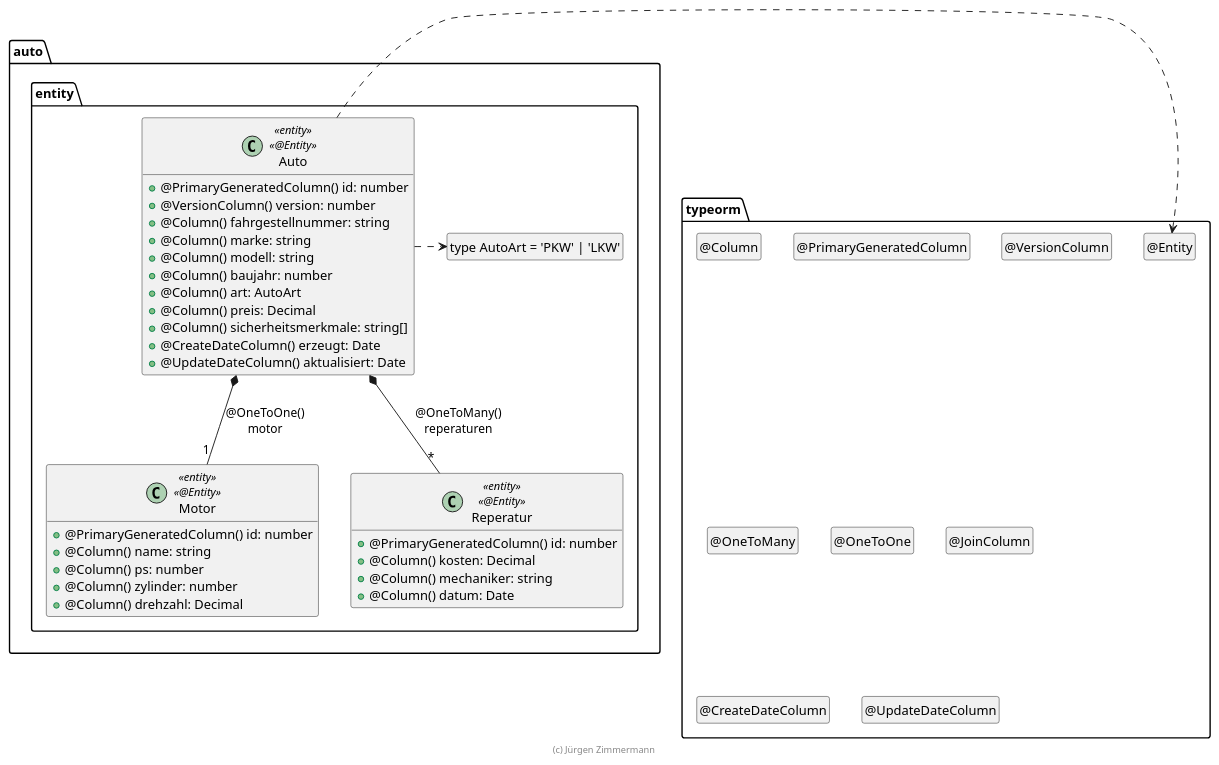
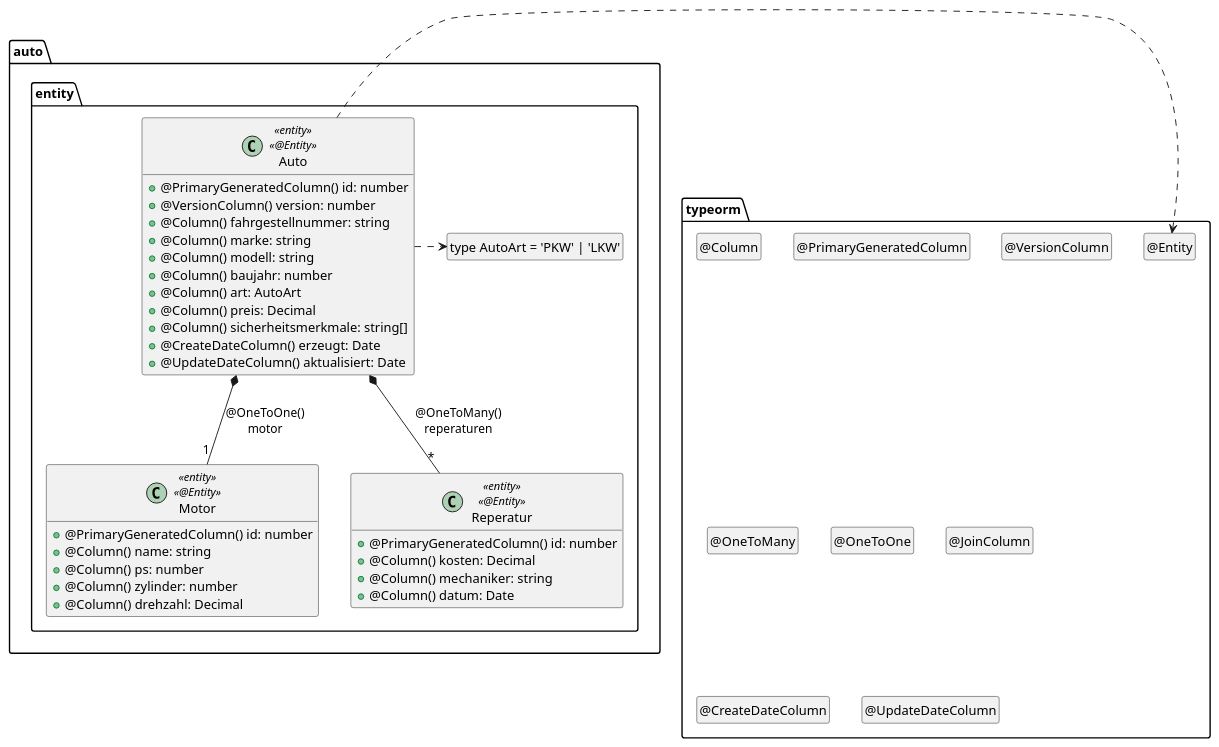
Before and after one commit to JBones35/auto: the diagram in .extras/doc/projekthandbuch/Auto.plantuml, drawn with PlantUML. The commit also changed 8 other files, not shown here.

Commit message:
plant-uml nachbesserungen am 29.04

```diff
--- a/.extras/doc/projekthandbuch/Auto.plantuml
+++ b/.extras/doc/projekthandbuch/Auto.plantuml
@@ -1,68 +1,66 @@
 @startuml Entity
 
 package typeorm {
   class "@Entity" as Entity
   hide Entity circle
   class "@Column" as Column
   hide Column circle
   class "@PrimaryGeneratedColumn" as PrimaryGeneratedColumn
   hide PrimaryGeneratedColumn circle
   class "@VersionColumn" as VersionColumn
   hide VersionColumn circle
   class "@OneToMany" as OneToMany
   hide OneToMany circle
   class "@OneToOne" as OneToOne
   hide OneToOne circle
   class "@JoinColumn" as JoinColumn
   hide JoinColumn circle
   class "@CreateDateColumn" as CreateDateColumn
   hide CreateDateColumn circle
   class "@UpdateDateColumn" as UpdateDateColumn
   hide UpdateDateColumn circle
 }
 
 package auto.entity {
   class "type AutoArt = 'PKW' | 'LKW'" as AutoArt
   hide AutoArt circle
 
   class Auto <<entity>> <<@Entity>> {
     +@PrimaryGeneratedColumn() id: number
     +@VersionColumn() version: number
     +@Column() fahrgestellnummer: string
     +@Column() marke: string
     +@Column() modell: string
     +@Column() baujahr: number
     +@Column() art: AutoArt
     +@Column() preis: Decimal
     +@Column() sicherheitsmerkmale: string[]
     +@CreateDateColumn() erzeugt: Date
     +@UpdateDateColumn() aktualisiert: Date
   }
 
   class Motor <<entity>> <<@Entity>> {
     +@PrimaryGeneratedColumn() id: number
     +@Column() name: string
     +@Column() ps: number
     +@Column() zylinder: number
     +@Column() drehzahl: Decimal
   }
 
   class Reperatur <<entity>> <<@Entity>> {
     +@PrimaryGeneratedColumn() id: number
     +@Column() kosten: Decimal
     +@Column() mechaniker: string
     +@Column() datum: Date
   }
   
   Auto *-- "1" Motor : @OneToOne()\nmotor
   Auto *-- "*" Reperatur : @OneToMany()\nreperaturen
 
   Auto .right.> Entity
   Auto .right.> AutoArt
 }
 
 hide empty members
 
-footer (c) Jürgen Zimmermann
-
 @enduml
```
